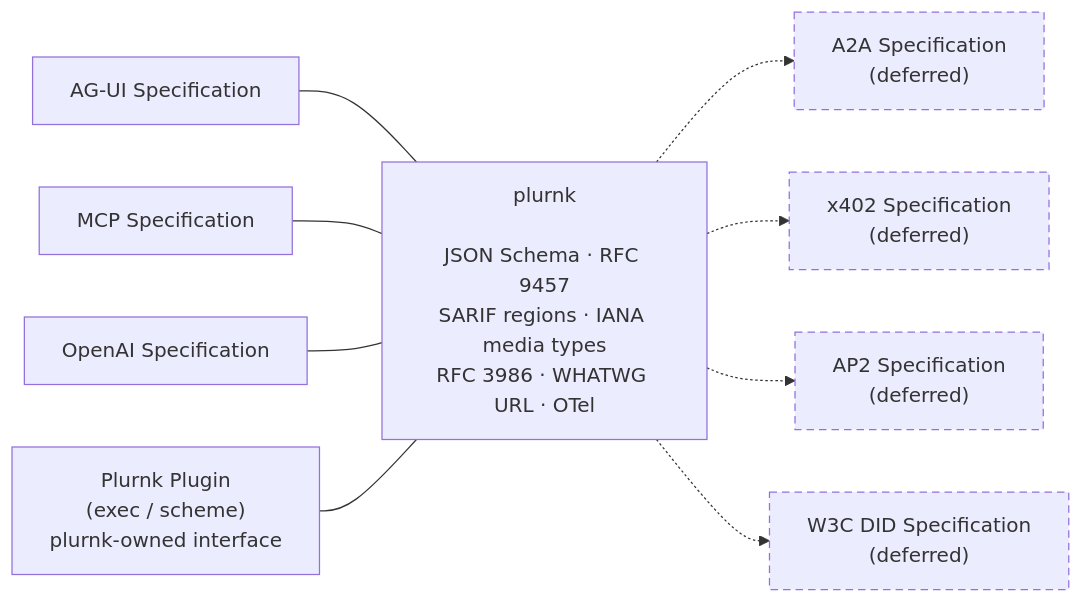
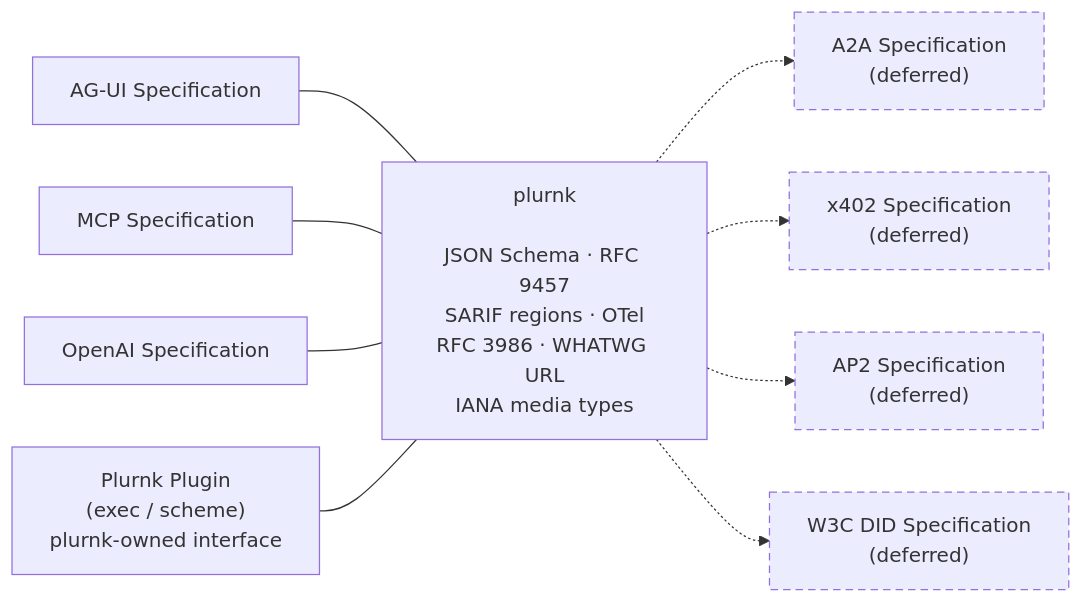
One commit to plurnk/plurnk-service changed the first of 4 diagrams in ARCHITECTURE.md. Above: the diagram before and after it, drawn with Mermaid.

Commit message:
docs: balance standards diagram (#26)

````diff
--- a/ARCHITECTURE.md
+++ b/ARCHITECTURE.md
@@ -14,15 +14,15 @@
 ```mermaid
 flowchart LR
-    AGUI["AG-UI Specification"] --- PLURNK["plurnk<br/><br/>JSON Schema · RFC 9457<br/>SARIF regions · IANA media types<br/>RFC 3986 · WHATWG URL · OTel"]
+    AGUI["AG-UI Specification"] --- PLURNK["plurnk<br/><br/>JSON Schema · RFC 9457<br/>SARIF regions · OTel<br/>RFC 3986 · WHATWG URL<br/>IANA media types"]
     MCP["MCP Specification"] --- PLURNK
     OPENAI["OpenAI Specification"] --- PLURNK
     PLUGIN["Plurnk Plugin<br/>(exec / scheme)<br/>plurnk-owned interface"] --- PLURNK
 
     PLURNK -.-> A2A["A2A Specification<br/>(deferred)"]
     PLURNK -.-> X402["x402 Specification<br/>(deferred)"]
     PLURNK -.-> AP2["AP2 Specification<br/>(deferred)"]
     PLURNK -.-> DID["W3C DID Specification<br/>(deferred)"]
 
     classDef deferred stroke-dasharray: 6 4;
     class A2A,X402,AP2,DID deferred;
 ```
````
